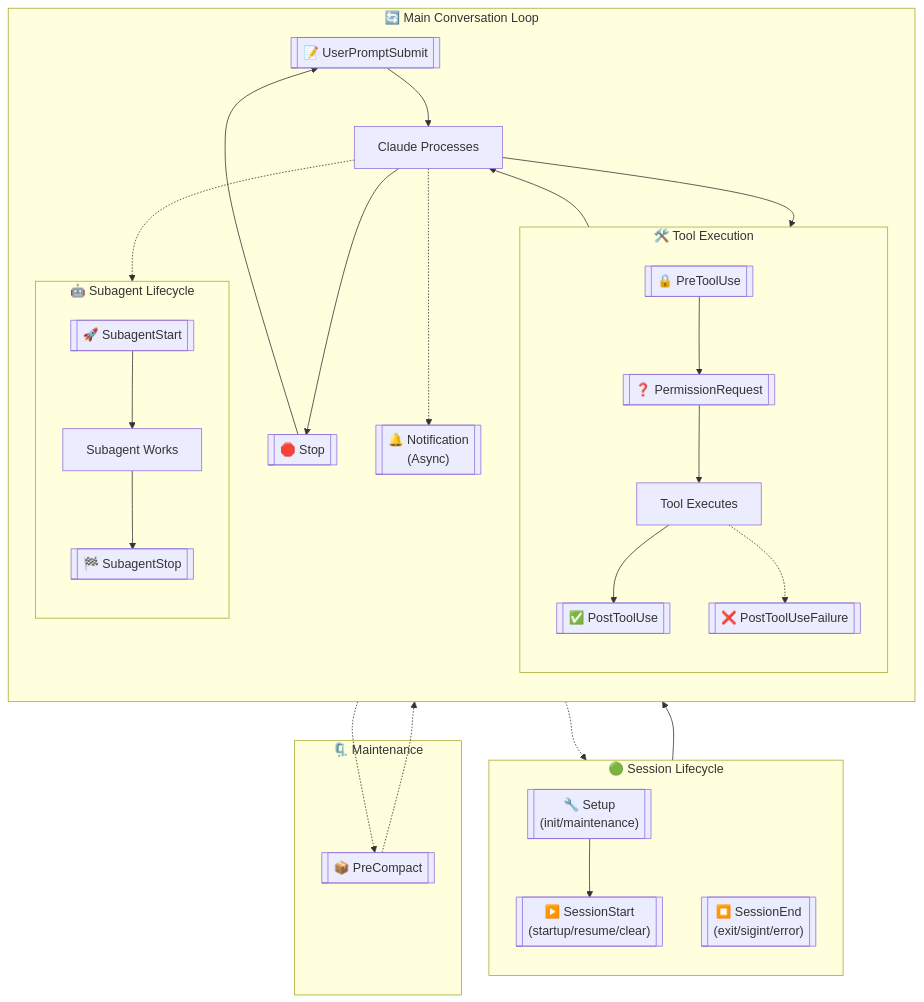
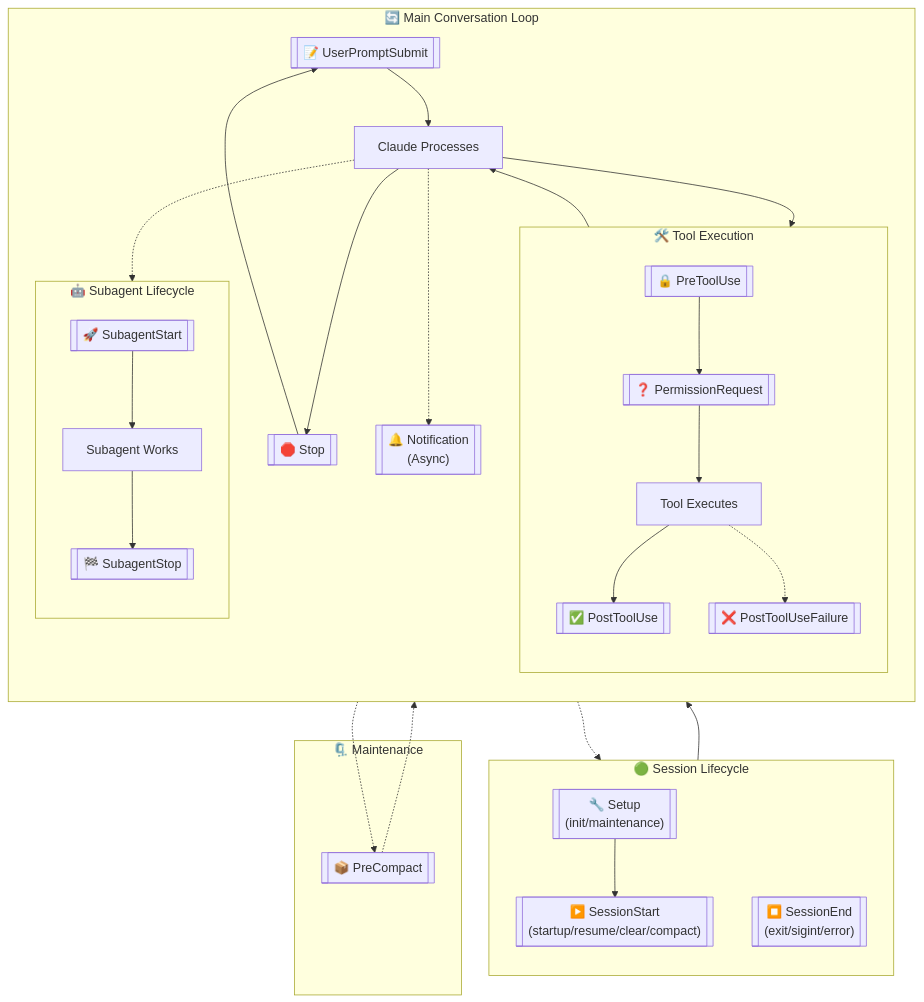
One commit to slysik/latest-claude-code-mastery changed the diagram in README.md. Above: the diagram before and after it, drawn with Mermaid. The commit also changed other lines of this file and 19 other files, not shown here.

````diff
--- a/README.md
+++ b/README.md
@@ -44,57 +44,57 @@
 ```mermaid
 flowchart TB
     subgraph SESSION["🟢 Session Lifecycle"]
         direction TB
         SETUP[["🔧 Setup<br/>(init/maintenance)"]]
-        START[["▶️ SessionStart<br/>(startup/resume/clear)"]]
+        START[["▶️ SessionStart<br/>(startup/resume/clear/compact)"]]
         END[["⏹️ SessionEnd<br/>(exit/sigint/error)"]]
     end
 
     subgraph MAIN["🔄 Main Conversation Loop"]
         direction TB
         PROMPT[["📝 UserPromptSubmit"]]
         CLAUDE["Claude Processes"]
 
         subgraph TOOLS["🛠️ Tool Execution"]
             direction TB
             PRE[["🔒 PreToolUse"]]
             PERM[["❓ PermissionRequest"]]
             EXEC["Tool Executes"]
             POST[["✅ PostToolUse"]]
             FAIL[["❌ PostToolUseFailure"]]
         end
 
         subgraph SUBAGENT["🤖 Subagent Lifecycle"]
             direction TB
             SSTART[["🚀 SubagentStart"]]
             SWORK["Subagent Works"]
             SSTOP[["🏁 SubagentStop"]]
         end
 
         NOTIFY[["🔔 Notification<br/>(Async)"]]
         STOP[["🛑 Stop"]]
     end
 
     subgraph COMPACT["🗜️ Maintenance"]
         PRECOMPACT[["📦 PreCompact"]]
     end
 
     SETUP --> START
     START --> PROMPT
     PROMPT --> CLAUDE
     CLAUDE --> PRE
     PRE --> PERM
     PERM --> EXEC
     EXEC --> POST
     EXEC -.-> FAIL
     CLAUDE -.-> SSTART
     SSTART --> SWORK
     SWORK --> SSTOP
     POST --> CLAUDE
     CLAUDE --> STOP
     CLAUDE -.-> NOTIFY
     STOP --> PROMPT
     STOP -.-> END
     PROMPT -.-> PRECOMPACT
     PRECOMPACT -.-> PROMPT
 ```
````
